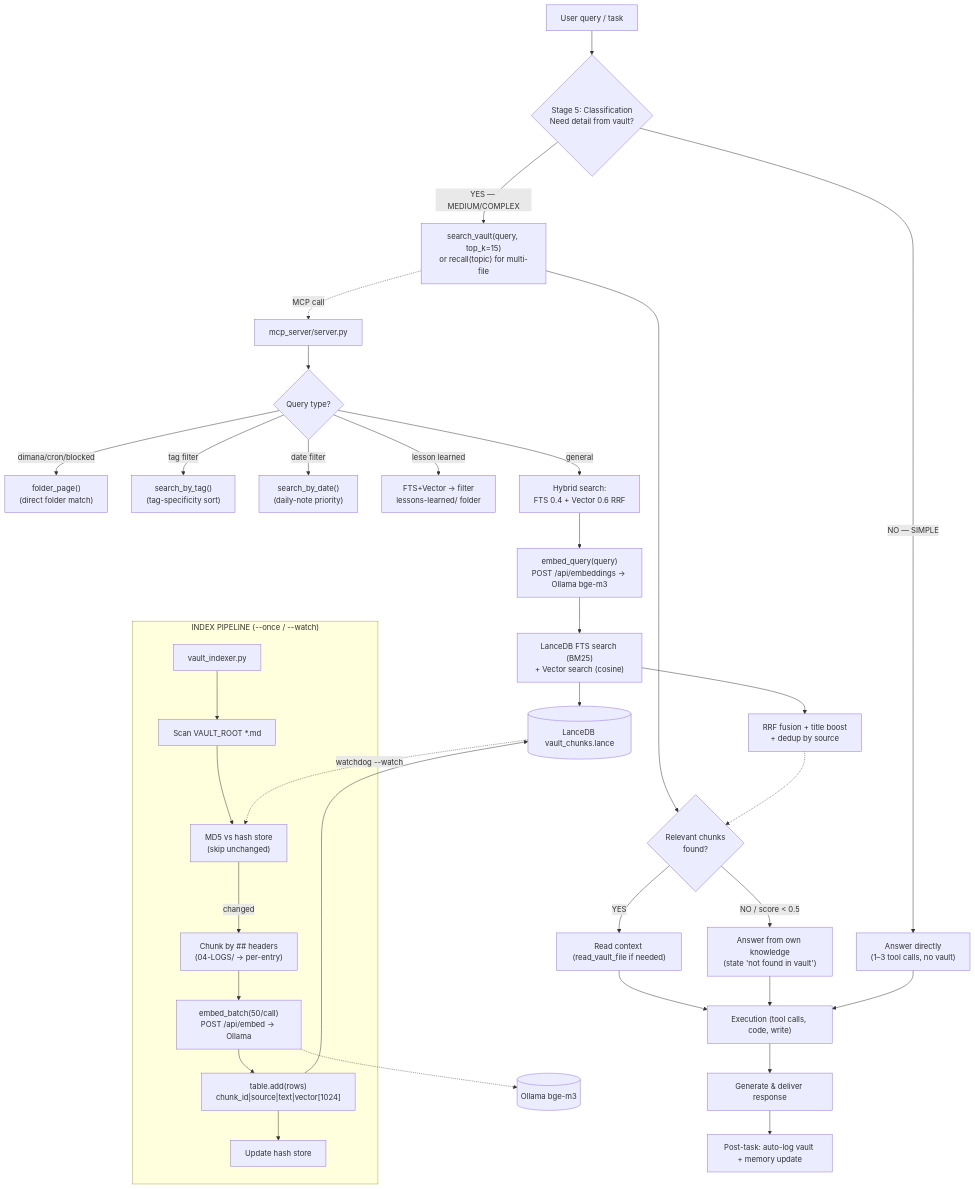
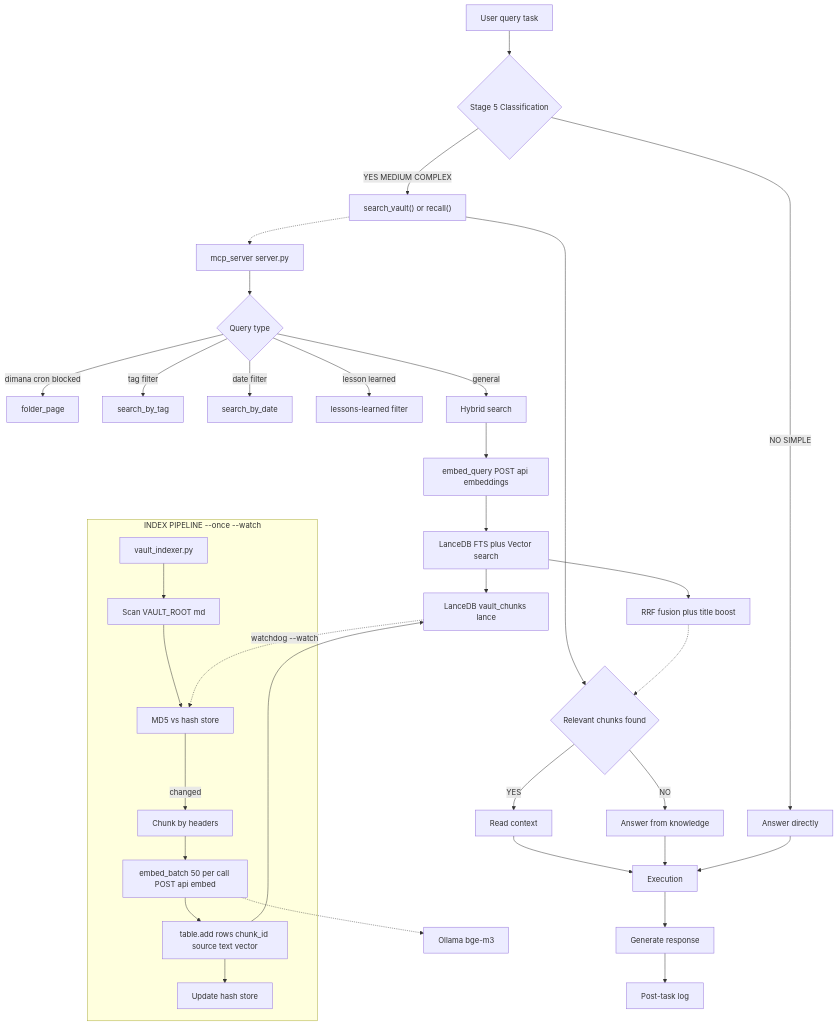
The second of 2 diagrams in README.md (brodewa369/roowet-semantic-vault-search), drawn with Mermaid before and after one commit. The commit also changed other lines of this file and 12 other files, not shown here.

First line of the commit message:
Fix: remove personal paths, fix mermaid syntax

````diff
--- a/README.md
+++ b/README.md
@@ -153,42 +146,42 @@
 ```mermaid
 flowchart TD
-    S1["User query / task"] --> S5{"Stage 5: Classification<br/>Need detail from vault?"}
-    S5 -->|NO — SIMPLE| S5a["Answer directly<br/>(1–3 tool calls, no vault)"]
-    S5 -->|YES — MEDIUM/COMPLEX| S5b["search_vault(query, top_k=15)<br/>or recall(topic) for multi-file"]
+    S1["User query task"] --> S5{"Stage 5 Classification"}
+    S5 -->|NO SIMPLE| S5a["Answer directly"]
+    S5 -->|YES MEDIUM COMPLEX| S5b["search_vault() or recall()"]
 
-    S5b --> S5c{"Relevant chunks<br/>found?"}
-    S5c -->|YES| S5d["Read context (read_vault_file if needed)"]
-    S5c -->|NO / score < 0.5| S5e["Answer from own knowledge<br/>(state 'not found in vault')"]
-    S5d --> S6["Execution (tool calls, code, write)"]
+    S5b --> S5c{"Relevant chunks found"}
+    S5c -->|YES| S5d["Read context"]
+    S5c -->|NO| S5e["Answer from knowledge"]
+    S5d --> S6["Execution"]
     S5e --> S6
     S5a --> S6
-    S6 --> S7["Generate & deliver response"]
-    S7 --> S8["Post-task: auto-log vault + memory update"]
+    S6 --> S7["Generate response"]
+    S7 --> S8["Post-task log"]
 
-    S5b -.->|MCP call| Q1["mcp_server/server.py"]
-    Q1 --> Q1a{"Query type?"}
-    Q1a -->|"dimana/cron/blocked"| Q1b["folder_page()<br/>(direct folder match)"]
-    Q1a -->|"tag filter"| Q1c["search_by_tag()<br/>(tag-specificity sort)"]
-    Q1a -->|"date filter"| Q1d["search_by_date()<br/>(daily-note priority)"]
-    Q1a -->|"lesson learned"| Q1e["FTS+Vector → filter<br/>lessons-learned/ folder"]
-    Q1a -->|"general"| Q1f["Hybrid search:<br/>FTS 0.4 + Vector 0.6 RRF"]
+    S5b -.-> Q1["mcp_server server.py"]
+    Q1 --> Q1a{"Query type"}
+    Q1a -->|"dimana cron blocked"| Q1b["folder_page"]
+    Q1a -->|"tag filter"| Q1c["search_by_tag"]
+    Q1a -->|"date filter"| Q1d["search_by_date"]
+    Q1a -->|"lesson learned"| Q1e["lessons-learned filter"]
+    Q1a -->|"general"| Q1f["Hybrid search"]
 
-    Q1f --> Q2["embed_query(query)<br/>POST /api/embeddings → Ollama bge-m3"]
-    Q2 --> Q3["LanceDB FTS search (BM25)<br/>+ Vector search (cosine)"]
-    Q3 --> Q4["RRF fusion + title boost<br/>+ dedup by source"]
+    Q1f --> Q2["embed_query POST api embeddings"]
+    Q2 --> Q3["LanceDB FTS plus Vector search"]
+    Q3 --> Q4["RRF fusion plus title boost"]
     Q4 -.-> S5c
 
-    subgraph IDX["INDEX PIPELINE (--once / --watch)"]
-        I1["vault_indexer.py"] --> I2["Scan VAULT_ROOT *.md"]
-        I2 --> I3["MD5 vs hash store<br/>(skip unchanged)"]
-        I3 -->|changed| I4["Chunk by ## headers<br/>(04-LOGS/ → per-entry)"]
-        I4 --> I5["embed_batch(50/call)<br/>POST /api/embed → Ollama"]
-        I5 --> I6["table.add(rows)<br/>chunk_id|source|text|vector[1024]"]
+    subgraph IDX["INDEX PIPELINE --once --watch"]
+        I1["vault_indexer.py"] --> I2["Scan VAULT_ROOT md"]
+        I2 --> I3["MD5 vs hash store"]
+        I3 -->|changed| I4["Chunk by headers"]
+        I4 --> I5["embed_batch 50 per call POST api embed"]
+        I5 --> I6["table.add rows chunk_id source text vector"]
         I6 --> I7["Update hash store"]
     end
 
-    I5 -.-> OLLAMA[(Ollama bge-m3)]
-    I6 --> LANCE[(LanceDB vault_chunks.lance)]
+    I5 -.-> OLLAMA["Ollama bge-m3"]
+    I6 --> LANCE["LanceDB vault_chunks lance"]
     Q3 --> LANCE
-    LANCE -.->|watchdog --watch| I3
+    LANCE -.->|"watchdog --watch"| I3
 ```
````
